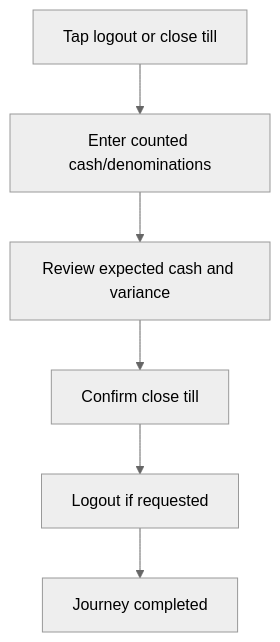
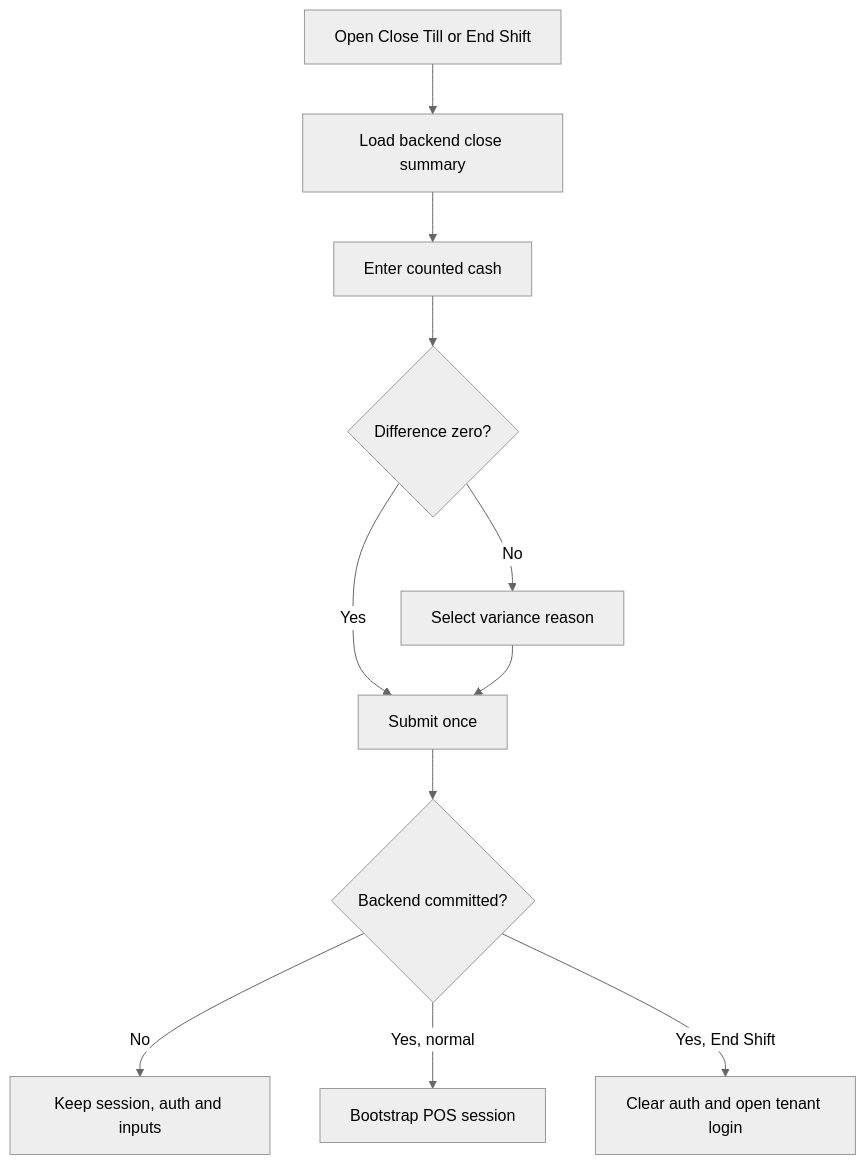
Before and after one commit to unicomproject/Pos-system-Knowledge: the diagram in 03_USER_JOURNEYS/Cashier/11_Till_Close_Flow.md, drawn with Mermaid (neutral theme). The commit also changed other lines of this file and 24 other files, not shown here.

Commit message:
close till continue

````diff
--- a/03_USER_JOURNEYS/Cashier/11_Till_Close_Flow.md
+++ b/03_USER_JOURNEYS/Cashier/11_Till_Close_Flow.md
@@ -46,9 +45,13 @@
 ```mermaid
 flowchart TD
-    S1[Tap logout or close till]
-    S1 --> S2[Enter counted cash/denominations]
-    S2 --> S3[Review expected cash and variance]
-    S3 --> S4[Confirm close till]
-    S4 --> S5[Logout if requested]
-    S5 --> Done[Journey completed]
+    A[Open Close Till or End Shift] --> B[Load backend close summary]
+    B --> C[Enter counted cash]
+    C --> D{Difference zero?}
+    D -- No --> E[Select variance reason]
+    D -- Yes --> F[Submit once]
+    E --> F
+    F --> G{Backend committed?}
+    G -- No --> H[Keep session, auth and inputs]
+    G -- Yes, normal --> I[Bootstrap POS session]
+    G -- Yes, End Shift --> J[Clear auth and open tenant login]
 ```
````
